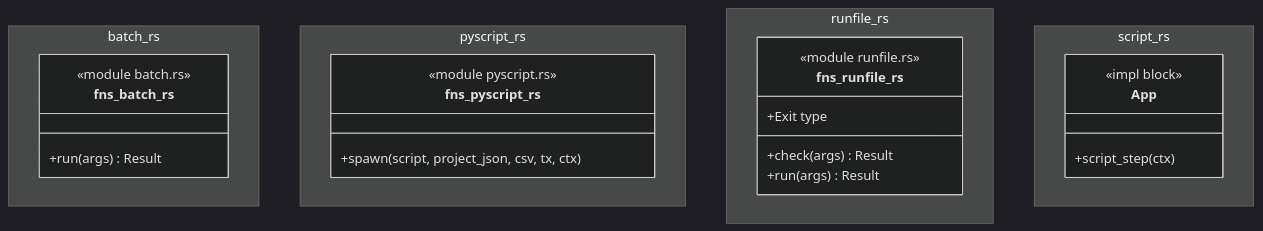
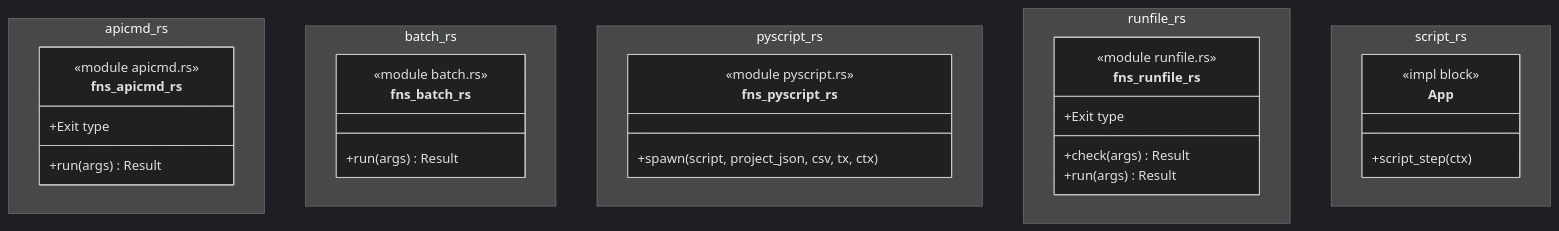
One commit to p-j-r/nyx changed the diagram in docs/architecture/c4/4-code/app/headless.md. Above: the diagram before and after it, drawn with Mermaid (dark theme). The commit also changed other lines of this file and 155 other files, not shown here.

````diff
--- a/docs/architecture/c4/4-code/app/headless.md
+++ b/docs/architecture/c4/4-code/app/headless.md
@@ -37,29 +38,36 @@
 ```mermaid
 classDiagram
+  namespace apicmd_rs {
+    class fns_apicmd_rs {
+        <<module apicmd.rs>>
+        +run(args) Result
+        +Exit type
+    }
+  }
   namespace batch_rs {
     class fns_batch_rs {
         <<module batch.rs>>
         +run(args) Result
     }
   }
   namespace pyscript_rs {
     class fns_pyscript_rs {
         <<module pyscript.rs>>
         +spawn(script, project_json, csv, tx, ctx)
     }
   }
   namespace runfile_rs {
     class fns_runfile_rs {
         <<module runfile.rs>>
         +check(args) Result
         +run(args) Result
         +Exit type
     }
   }
   namespace script_rs {
     class App {
         <<impl block>>
         +script_step(ctx)
     }
   }
 ```
````
